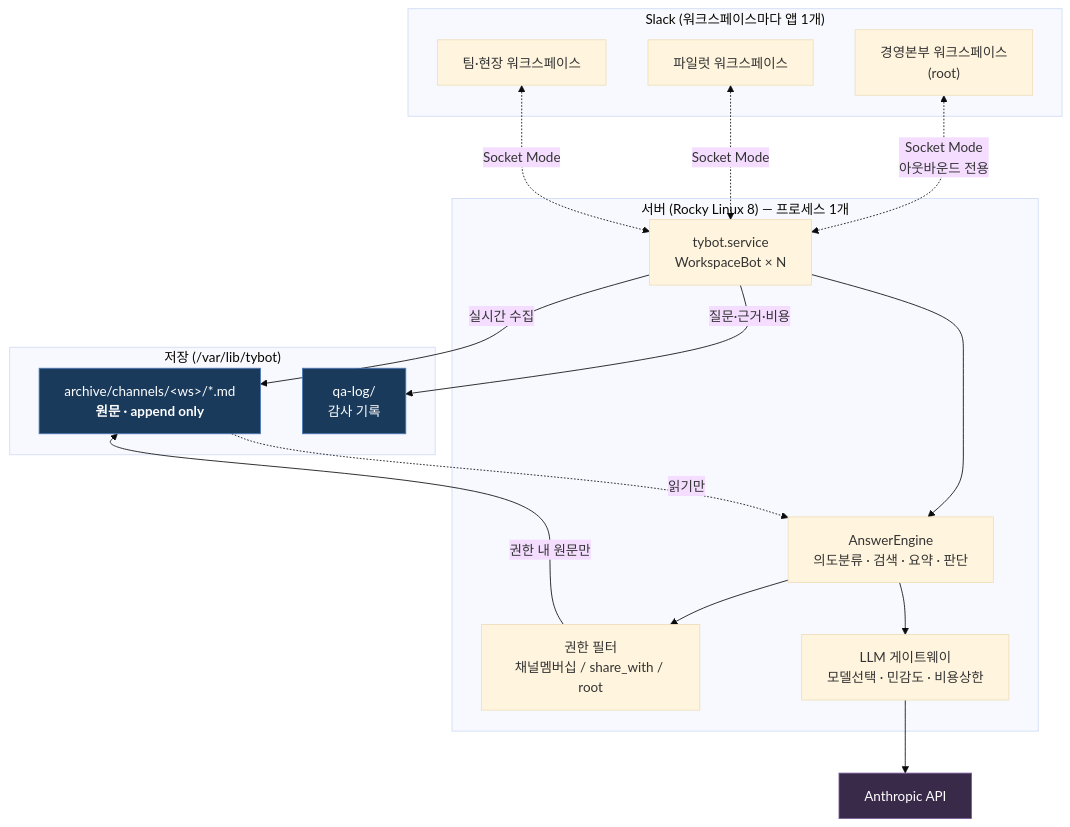
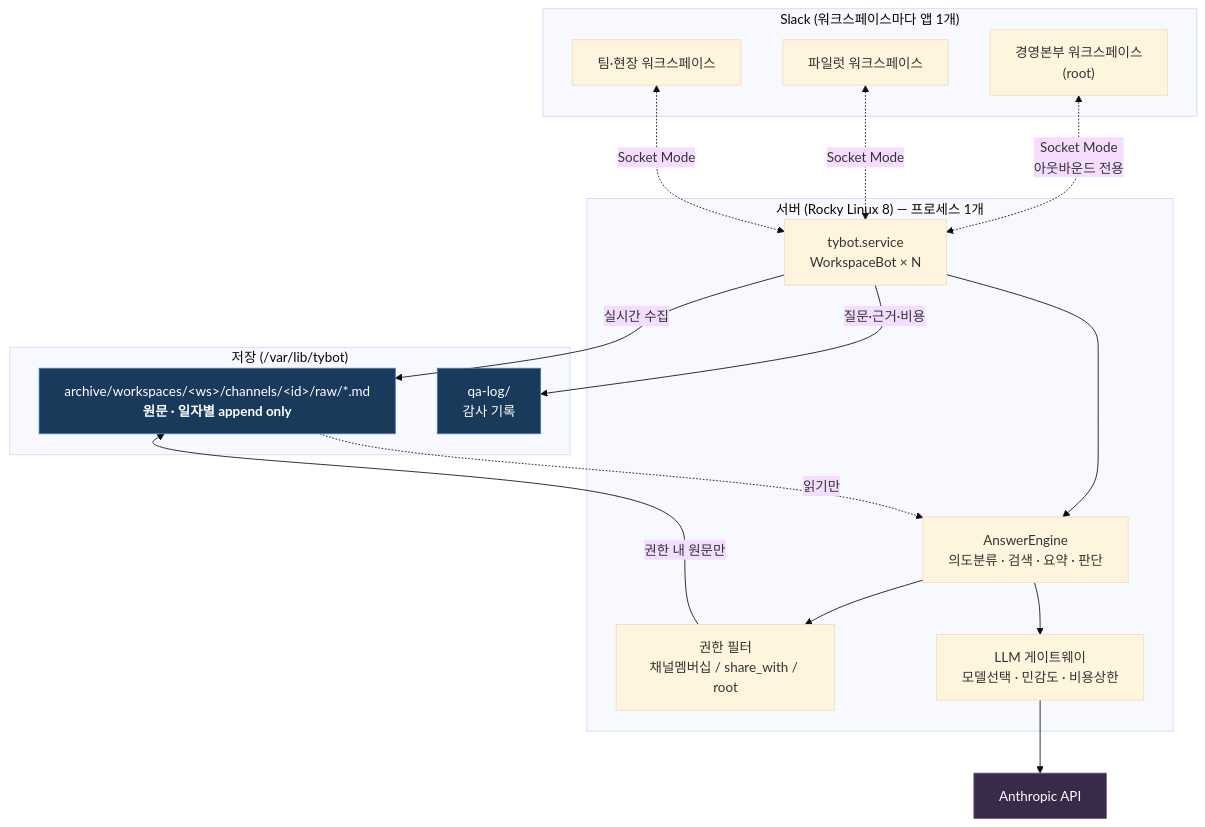
One commit to NuarDanKR/SlackBot changed the first of 4 diagrams in README.md. Above: the diagram before and after it, drawn with Mermaid (base theme). The commit also changed 47 other files, not shown here.

````diff
--- a/README.md
+++ b/README.md
@@ -23,41 +23,41 @@
 ```mermaid
 flowchart TB
     subgraph SL["Slack (워크스페이스마다 앱 1개)"]
         WA["경영본부 워크스페이스<br/>(root)"]
         WB["파일럿 워크스페이스"]
         WC["팀·현장 워크스페이스"]
     end
 
     subgraph SRV["서버 (Rocky Linux 8) — 프로세스 1개"]
         BOT["tybot.service<br/>WorkspaceBot × N"]
         ENG["AnswerEngine<br/>의도분류 · 검색 · 요약 · 판단"]
         ACL["권한 필터<br/>채널멤버십 / share_with / root"]
         GW["LLM 게이트웨이<br/>모델선택 · 민감도 · 비용상한"]
     end
 
     subgraph ST["저장 (/var/lib/tybot)"]
-        ARC["archive/channels/&lt;ws&gt;/*.md<br/><b>원문 · append only</b>"]
+        ARC["archive/workspaces/&lt;ws&gt;/channels/&lt;id&gt;/raw/*.md<br/><b>원문 · 일자별 append only</b>"]
         QA["qa-log/<br/>감사 기록"]
     end
 
     LLM["Anthropic API"]
 
     WA <-.->|Socket Mode<br/>아웃바운드 전용| BOT
     WB <-.->|Socket Mode| BOT
     WC <-.->|Socket Mode| BOT
 
     BOT -->|실시간 수집| ARC
     BOT --> ENG
     ENG --> ACL
     ACL -->|권한 내 원문만| ARC
     ENG --> GW
     GW --> LLM
     BOT -->|질문·근거·비용| QA
 
     ARC -. 읽기만 .-> ENG
 
     classDef store fill:#1a3a5c,stroke:#4a7ab5,color:#fff
     classDef ext fill:#3a2a4a,stroke:#7a5a9a,color:#fff
     class ARC,QA store
     class LLM ext
 ```
````
